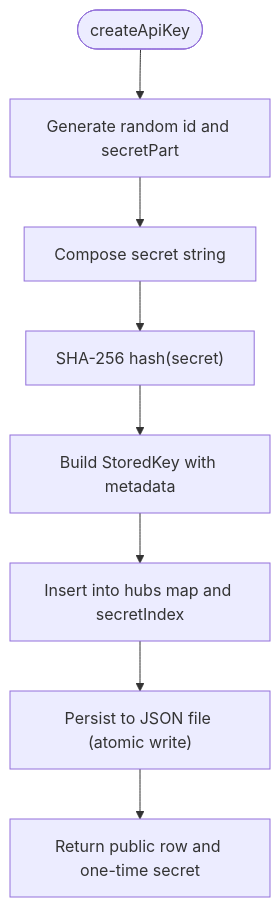
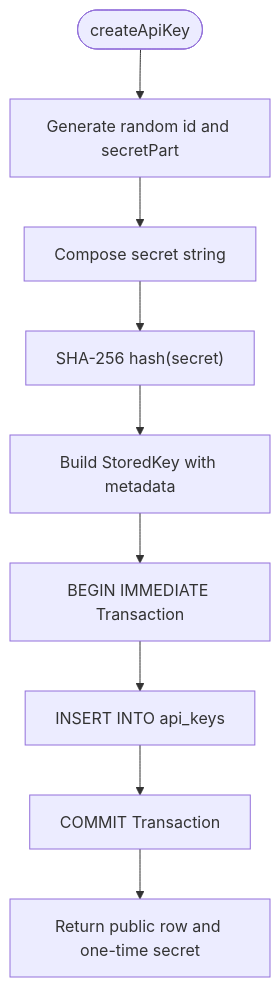
The fourth of 10 diagrams in .qoder/repowiki/en/content/Security & Authentication/API Key Management.md (dlutwuwei/mihome-web), drawn with Mermaid before and after one commit. The commit also changed other lines of this file and 84 other files, not shown here.

````diff
--- a/.qoder/repowiki/en/content/Security & Authentication/API Key Management.md
+++ b/.qoder/repowiki/en/content/Security & Authentication/API Key Management.md
@@ -114,10 +165,11 @@
 ```mermaid
 flowchart TD
 Start(["createApiKey"]) --> GenId["Generate random id and secretPart"]
 GenId --> Compose["Compose secret string"]
 Compose --> Hash["SHA-256 hash(secret)"]
 Hash --> BuildRow["Build StoredKey with metadata"]
-BuildRow --> Index["Insert into hubs map and secretIndex"]
-Index --> Persist["Persist to JSON file (atomic write)"]
-Persist --> Return["Return public row and one-time secret"]
+BuildRow --> Tx["BEGIN IMMEDIATE Transaction"]
+Tx --> InsertDB["INSERT INTO api_keys"]
+InsertDB --> CommitTx["COMMIT Transaction"]
+CommitTx --> Return["Return public row and one-time secret"]
 ```
````
